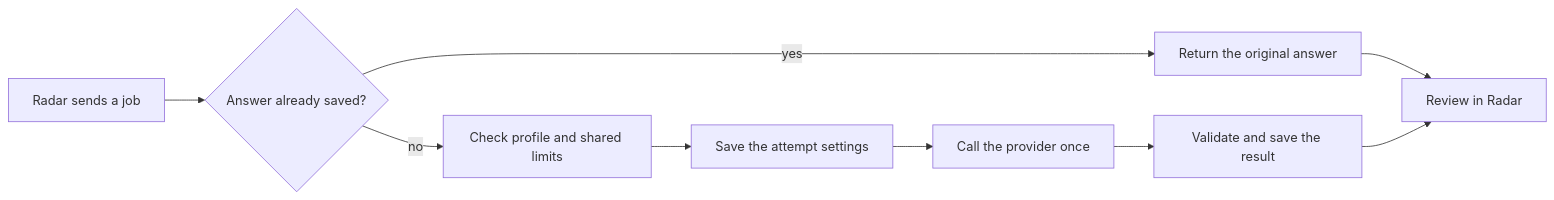
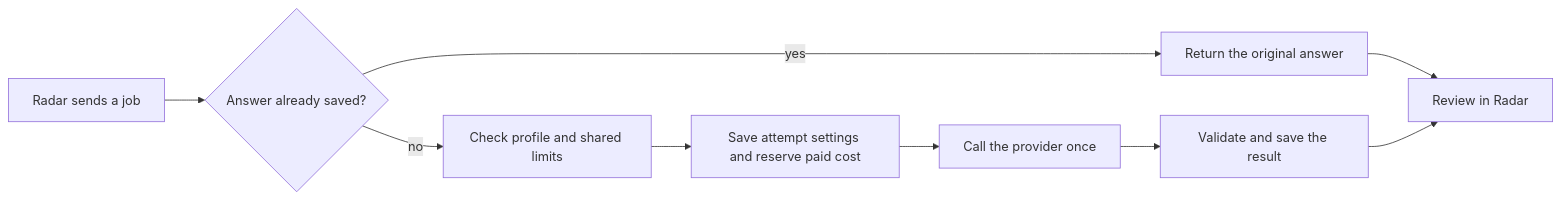
The diagram in docs/task-execution.md (demo-radar/demo-radar-logic), drawn with Mermaid before and after one commit. The commit also changed other lines of this file and 31 other files, not shown here.

````diff
--- a/docs/task-execution.md
+++ b/docs/task-execution.md
@@ -12,11 +13,11 @@
 ```mermaid
 flowchart LR
     Radar[Radar sends a job] --> Saved{Answer already saved?}
     Saved -->|yes| Read[Return the original answer]
     Saved -->|no| Check[Check profile and shared limits]
-    Check --> Record[Save the attempt settings]
+    Check --> Record[Save attempt settings and reserve paid cost]
     Record --> Model[Call the provider once]
     Model --> Save[Validate and save the result]
     Read --> Review[Review in Radar]
     Save --> Review
 ```
````
